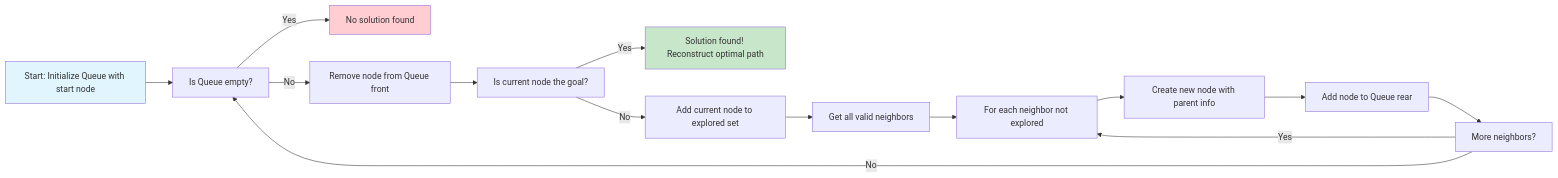
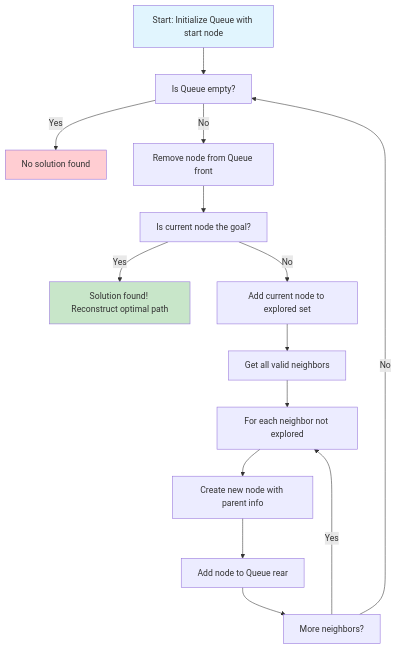
Before and after one commit to vinhnt21/AIN_NOTE: the second of 8 diagrams in tut_1/search_algorithms_diagrams.md, drawn with Mermaid. The commit also changed other lines of this file, not shown here.

Commit message:
Update search_algorithms_diagrams.md to change flowchart direction from LR to TD for DFS, BFS, Greedy Best-First Search, and A* algorithms for improved clarity and consistency.

````diff
--- a/tut_1/search_algorithms_diagrams.md
+++ b/tut_1/search_algorithms_diagrams.md
@@ -40,20 +40,20 @@
 ```mermaid
-flowchart LR
+flowchart TD
     A[Start: Initialize Queue with start node] --> B[Is Queue empty?]
     B -->|Yes| C[No solution found]
     B -->|No| D[Remove node from Queue front]
     D --> E[Is current node the goal?]
     E -->|Yes| F[Solution found! Reconstruct optimal path]
     E -->|No| G[Add current node to explored set]
     G --> H[Get all valid neighbors]
     H --> I[For each neighbor not explored]
     I --> J[Create new node with parent info]
     J --> K[Add node to Queue rear]
     K --> L[More neighbors?]
     L -->|Yes| I
     L -->|No| B
     
     style A fill:#e1f5fe
     style F fill:#c8e6c9
     style C fill:#ffcdd2
 ```
````
